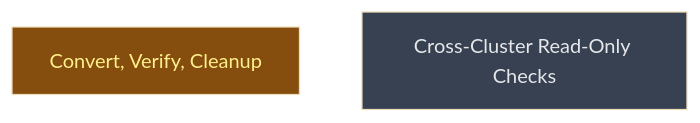
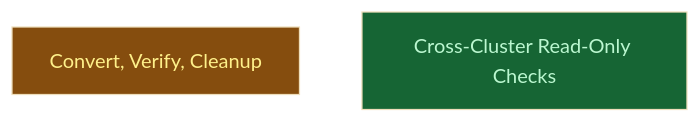
Before and after one commit to LittleCoinCoin/usd-bio: the diagram in __roadmap__/p53-mdm2-v2/p1b_container_runtime/sif_delivery/README.md, drawn with Mermaid (base theme). The commit also changed other lines of this file and 1 other file, not shown here.

````diff
--- a/__roadmap__/p53-mdm2-v2/p1b_container_runtime/sif_delivery/README.md
+++ b/__roadmap__/p53-mdm2-v2/p1b_container_runtime/sif_delivery/README.md
@@ -28,10 +28,10 @@
 ```mermaid
 graph TD
     convert_verify_cleanup[Convert, Verify, Cleanup]:::inprogress
-    crosscluster_readonly[Cross-Cluster Read-Only Checks]:::planned
+    crosscluster_readonly[Cross-Cluster Read-Only Checks]:::done
     classDef done       fill:#166534,color:#bbf7d0
     classDef inprogress fill:#854d0e,color:#fef08a
     classDef planned    fill:#374151,color:#e5e7eb
     classDef amendment  fill:#1e3a5f,color:#bfdbfe
     classDef blocked    fill:#7f1d1d,color:#fecaca
 ```
````
